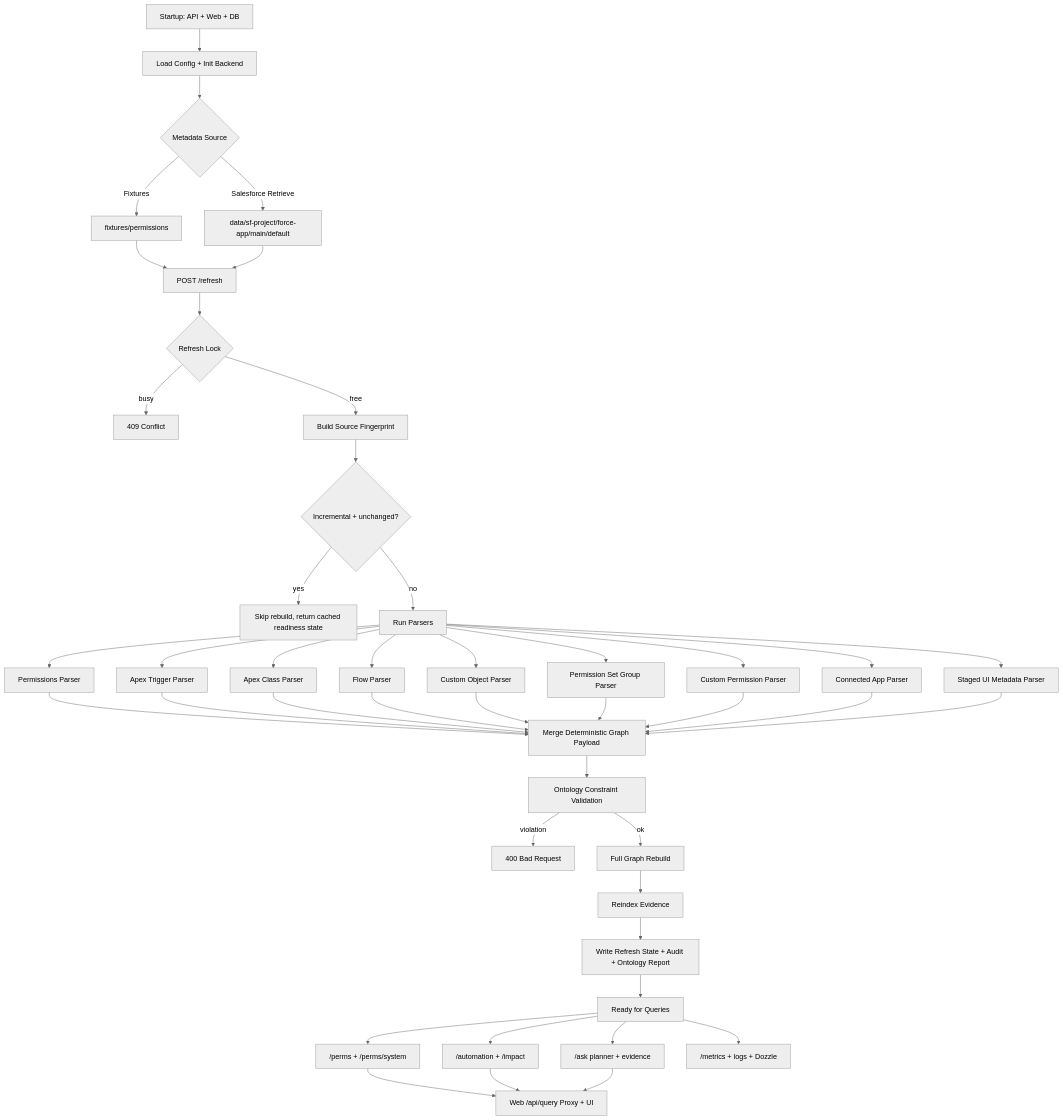
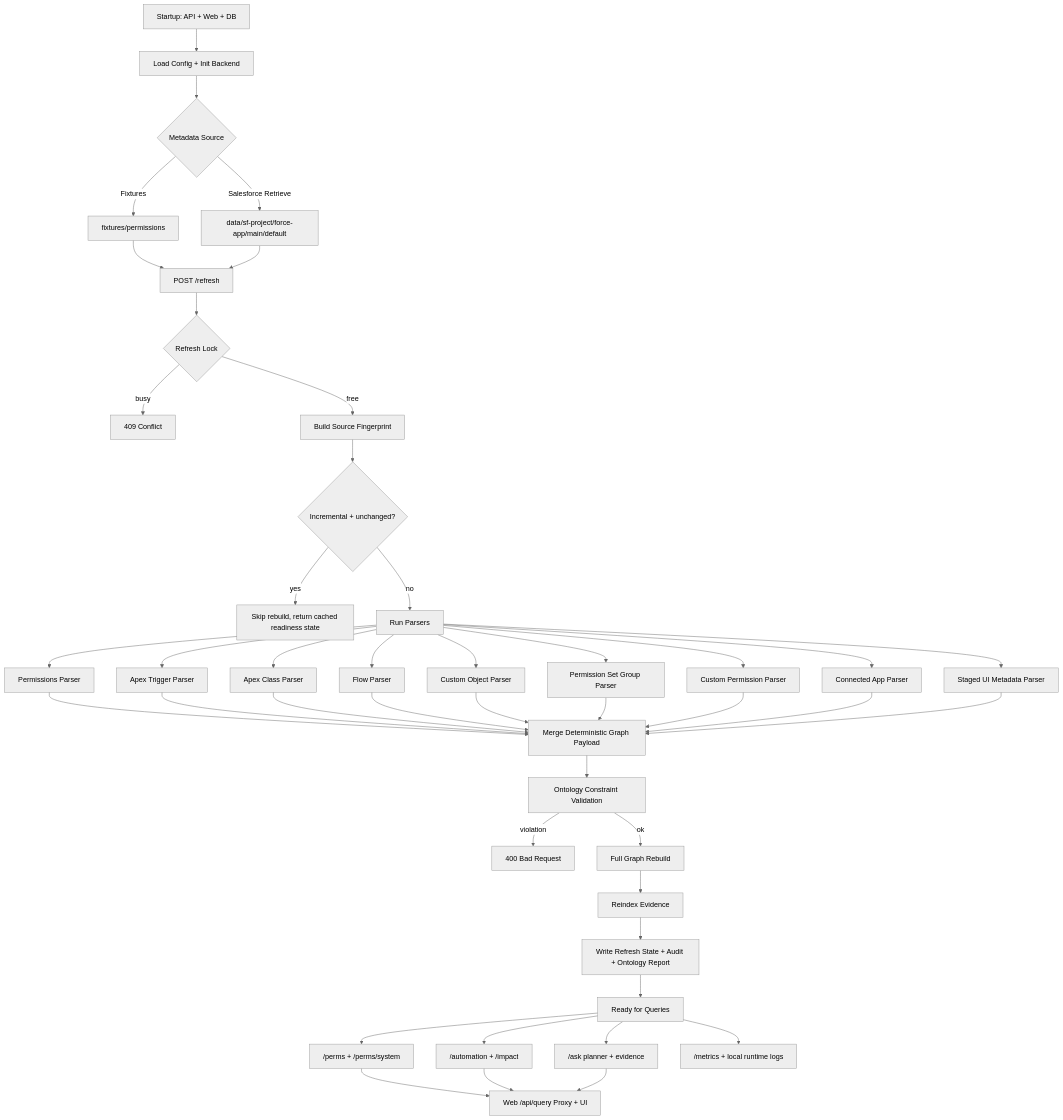
The first of 2 diagrams in docs/ORGUMENTED_LIFECYCLE.md (DigitalDreams-ai/OrgGraph), drawn with Mermaid (neutral theme) before and after one commit. The commit also changed other lines of this file and 203 other files, not shown here.

````diff
--- a/docs/ORGUMENTED_LIFECYCLE.md
+++ b/docs/ORGUMENTED_LIFECYCLE.md
@@ -119,56 +119,56 @@
 ```mermaid
 flowchart TD
     A[Startup: API + Web + DB] --> B[Load Config + Init Backend]
     B --> C{Metadata Source}
     C -->|Fixtures| D[fixtures/permissions]
     C -->|Salesforce Retrieve| E[data/sf-project/force-app/main/default]
 
     D --> F[POST /refresh]
     E --> F
 
     F --> G{Refresh Lock}
     G -->|busy| H[409 Conflict]
     G -->|free| I[Build Source Fingerprint]
 
     I --> J{Incremental + unchanged?}
     J -->|yes| K[Skip rebuild, return cached readiness state]
     J -->|no| L[Run Parsers]
 
     L --> L1[Permissions Parser]
     L --> L2[Apex Trigger Parser]
     L --> L3[Apex Class Parser]
     L --> L4[Flow Parser]
     L --> L5[Custom Object Parser]
     L --> L6[Permission Set Group Parser]
     L --> L7[Custom Permission Parser]
     L --> L8[Connected App Parser]
     L --> L9[Staged UI Metadata Parser]
 
     L1 --> M[Merge Deterministic Graph Payload]
     L2 --> M
     L3 --> M
     L4 --> M
     L5 --> M
     L6 --> M
     L7 --> M
     L8 --> M
     L9 --> M
 
     M --> N[Ontology Constraint Validation]
     N -->|violation| O[400 Bad Request]
     N -->|ok| P[Full Graph Rebuild]
 
     P --> Q[Reindex Evidence]
     Q --> R[Write Refresh State + Audit + Ontology Report]
     R --> S[Ready for Queries]
 
     S --> T["/perms + /perms/system"]
     S --> U["/automation + /impact"]
     S --> V["/ask planner + evidence"]
 
     T --> W["Web /api/query Proxy + UI"]
     U --> W
     V --> W
 
-    S --> X["/metrics + logs + Dozzle"]
+    S --> X["/metrics + local runtime logs"]
 ```
````
